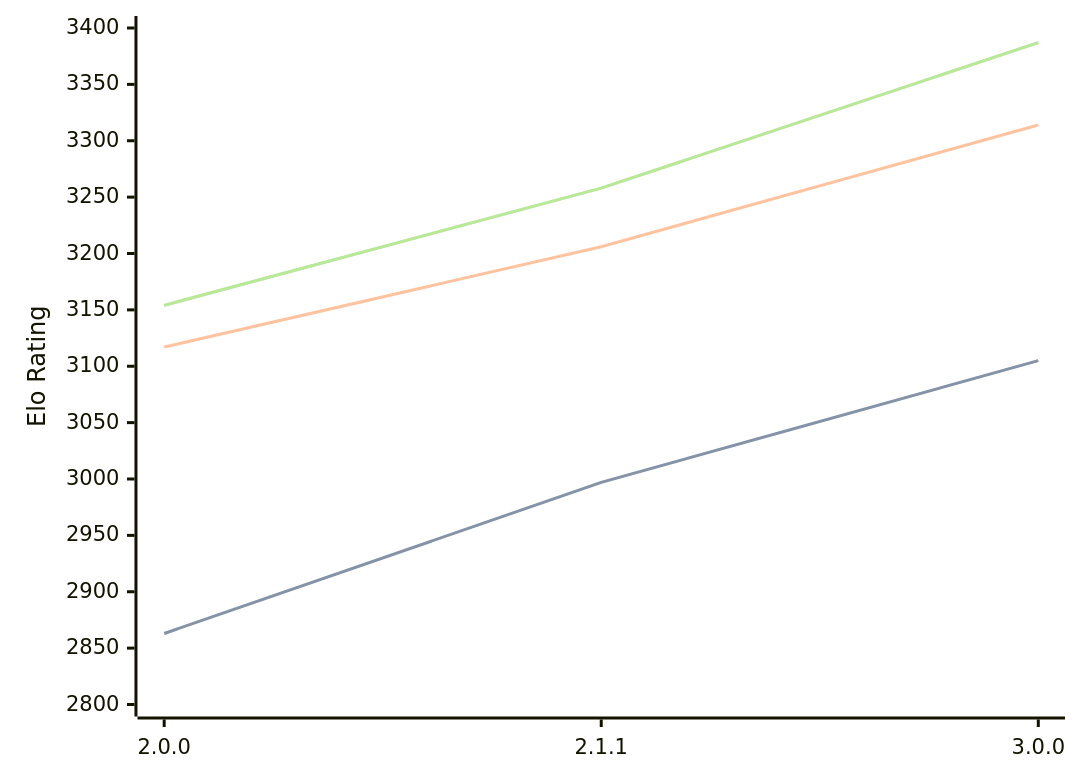
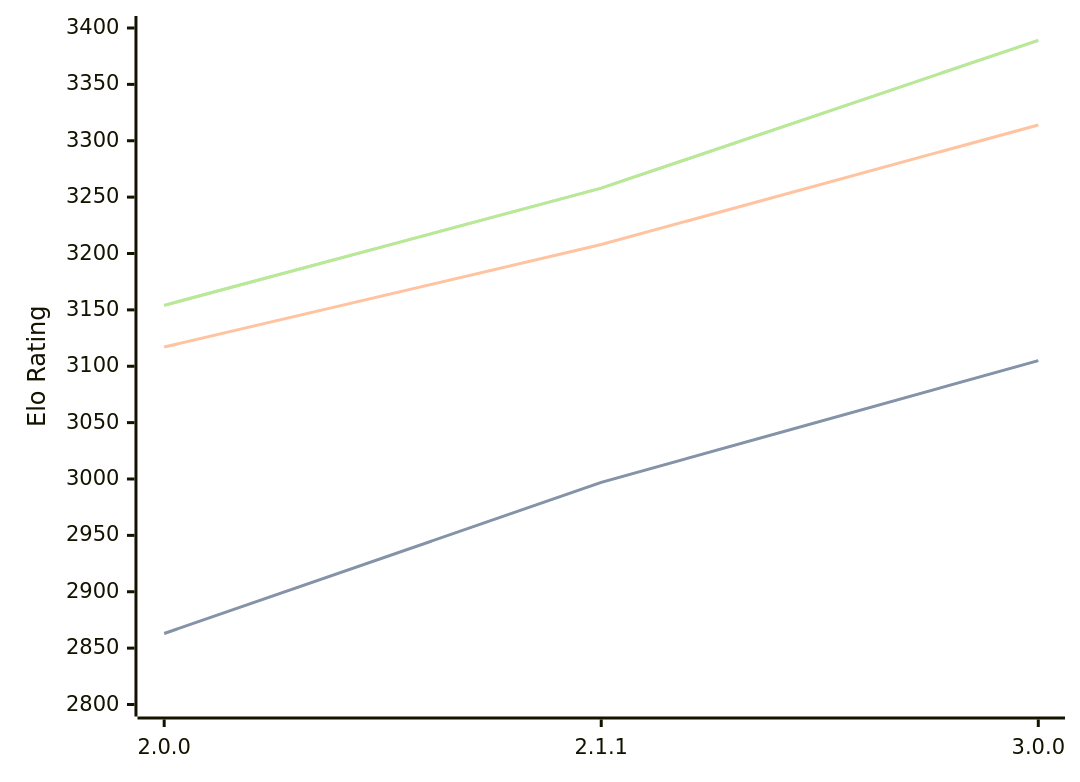
Before and after one commit to computer-chess-index/cci: the diagram in engines/Bread.md, drawn with Mermaid. The commit also changed other lines of this file, not shown here.

Commit message:
Update CCI Ratings (ELO VLTC) - 2026-09-07

````diff
--- a/engines/Bread.md
+++ b/engines/Bread.md
@@ -36,11 +36,11 @@
 ```mermaid
 %%{init: {"theme":"base","themeVariables":{"seriesColors:['#a3a3a3','#222221','#faa371']}}}%%
 xychart-beta
   x-axis ["2.0.0", "2.1.1", "3.0.0"]
   y-axis "Elo Rating" 2800 --> 3400
   line "" [2863, 2997, 3105]
   line "STC (8.0+0.08s)" [2863, 2997, 3105]
-  line "LTC (60.0+0.60s)" [3117, 3206, 3314]
-  line "" [3154, 3258, 3387]
-  line "VLTC (2m24s+1.12s)" [3154, 3258, 3387]
+  line "LTC (60.0+0.60s)" [3117, 3208, 3314]
+  line "" [3154, 3258, 3389]
+  line "VLTC (2m24s+1.12s)" [3154, 3258, 3389]
 ```
````
